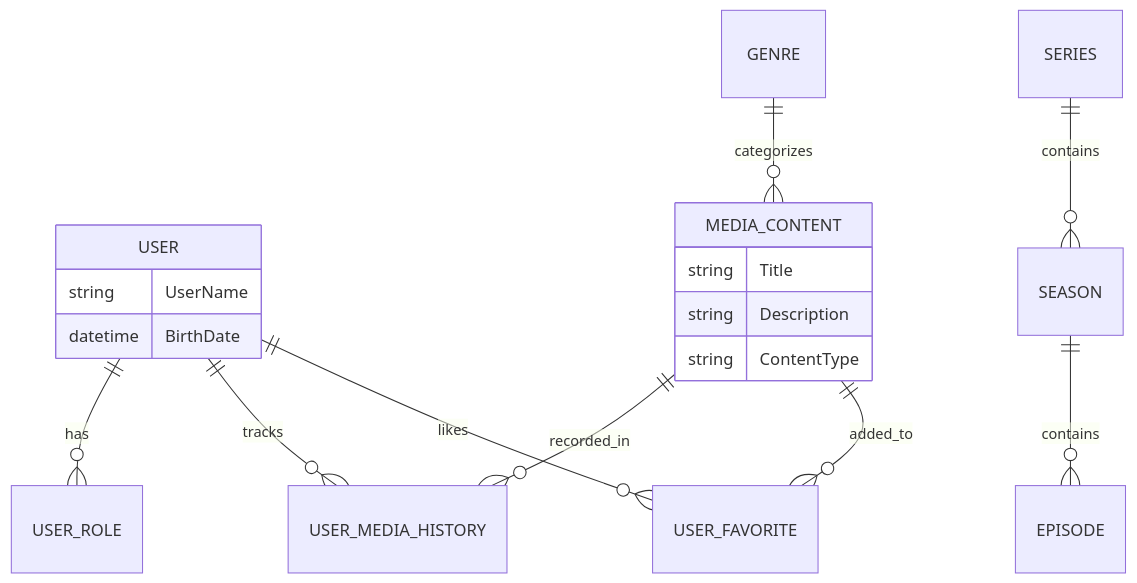
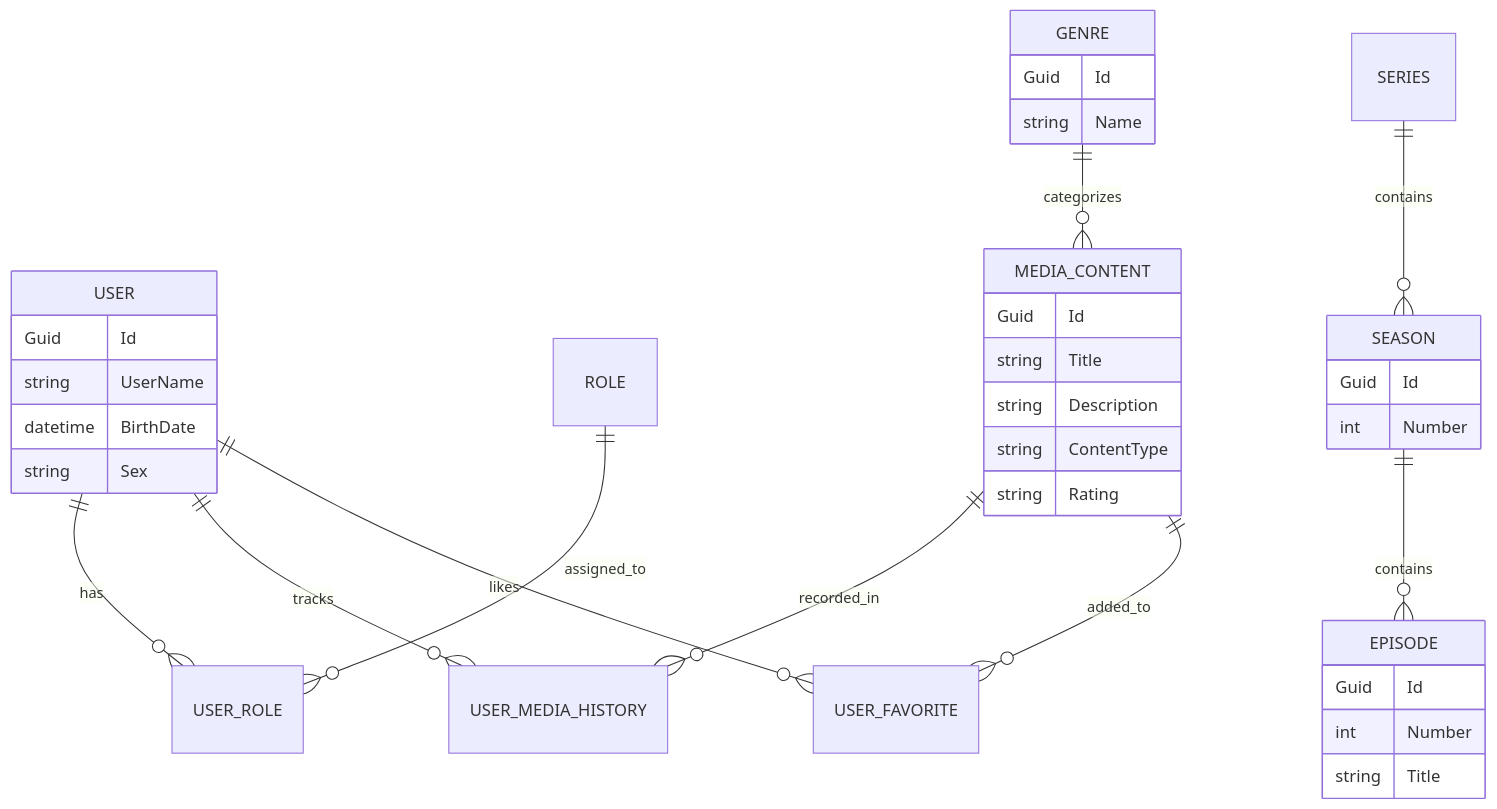
The fifth of 6 diagrams in README.md (Mylisuthy/StarterLogin), drawn with Mermaid before and after one commit. The commit also changed other lines of this file, not shown here.

Commit message:
Docs: ensure diagrams are consistent with code implementation

````diff
--- a/README.md
+++ b/README.md
@@ -89,21 +89,39 @@
 ```mermaid
 erDiagram
-    USER ||--o{ USER_ROLE : has
-    USER ||--o{ USER_MEDIA_HISTORY : tracks
-    USER ||--o{ USER_FAVORITE : likes
-    GENRE ||--o{ MEDIA_CONTENT : categorizes
-    MEDIA_CONTENT ||--o{ USER_MEDIA_HISTORY : recorded_in
-    MEDIA_CONTENT ||--o{ USER_FAVORITE : added_to
-    SERIES ||--o{ SEASON : contains
-    SEASON ||--o{ EPISODE : contains
+    USER ||--o{ USER_ROLE : "has"
+    ROLE ||--o{ USER_ROLE : "assigned_to"
+    USER ||--o{ USER_MEDIA_HISTORY : "tracks"
+    USER ||--o{ USER_FAVORITE : "likes"
+    GENRE ||--o{ MEDIA_CONTENT : "categorizes"
+    MEDIA_CONTENT ||--o{ USER_MEDIA_HISTORY : "recorded_in"
+    MEDIA_CONTENT ||--o{ USER_FAVORITE : "added_to"
+    SERIES ||--o{ SEASON : "contains"
+    SEASON ||--o{ EPISODE : "contains"
     
     MEDIA_CONTENT {
+        Guid Id
         string Title
         string Description
         string ContentType
+        string Rating
     }
     USER {
+        Guid Id
         string UserName
         datetime BirthDate
+        string Sex
+    }
+    GENRE {
+        Guid Id
+        string Name
+    }
+    SEASON {
+        Guid Id
+        int Number
+    }
+    EPISODE {
+        Guid Id
+        int Number
+        string Title
     }
 ```
````
